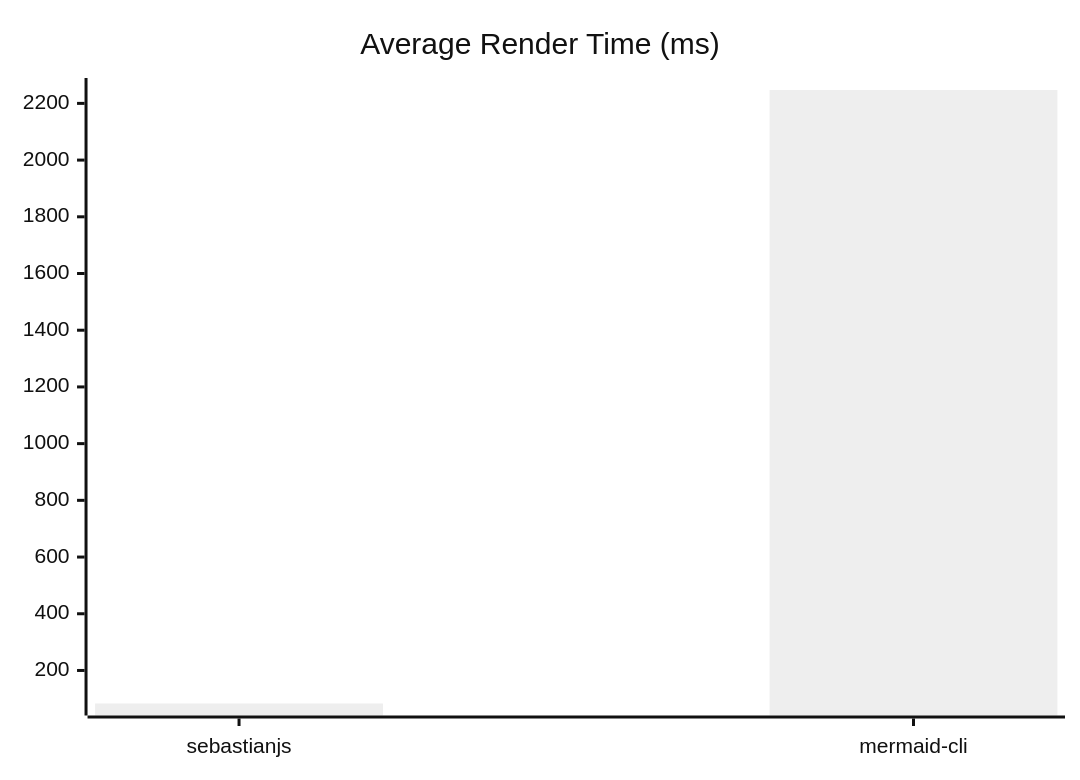
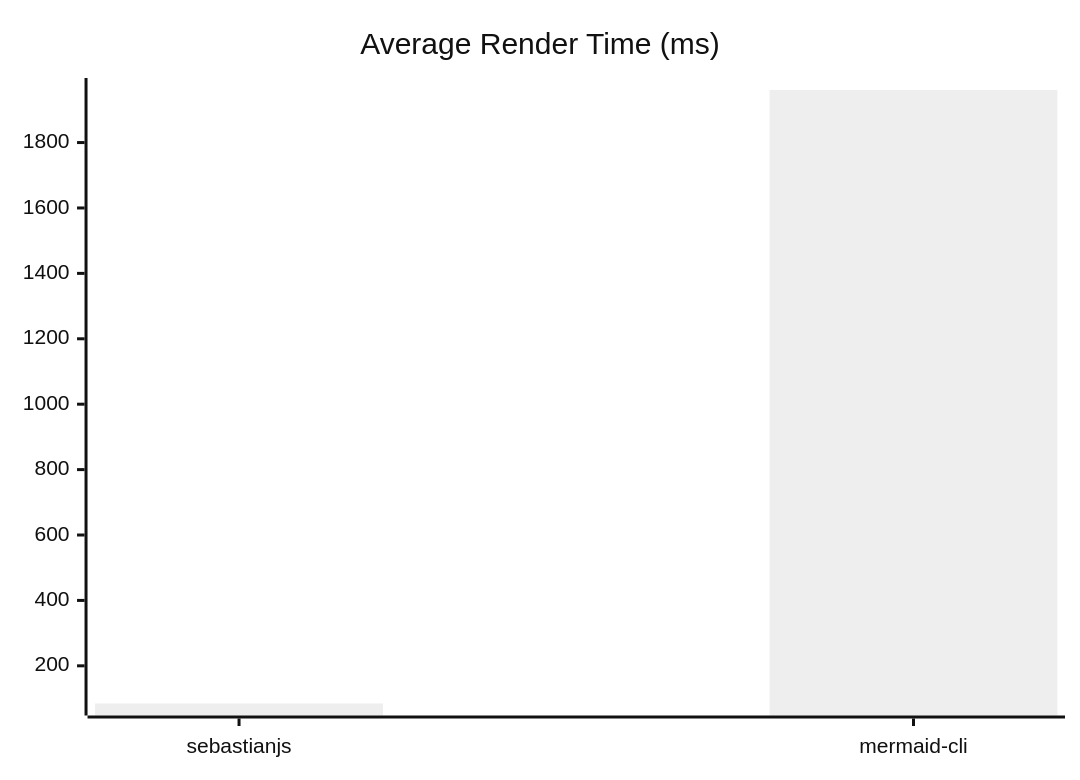
The diagram in README.md (creadri/sebastianjs), drawn with Mermaid (neutral theme) before and after one commit. The commit also changed other lines of this file and 3 other files, not shown here.

````diff
--- a/README.md
+++ b/README.md
@@ -144,6 +144,6 @@
 ```mermaid
 xychart
   title "Average Render Time (ms)"
   x-axis [sebastianjs, mermaid-cli]
-  bar [83.50, 2247.21]
+  bar [84.81, 1960.71]
 ```
````
